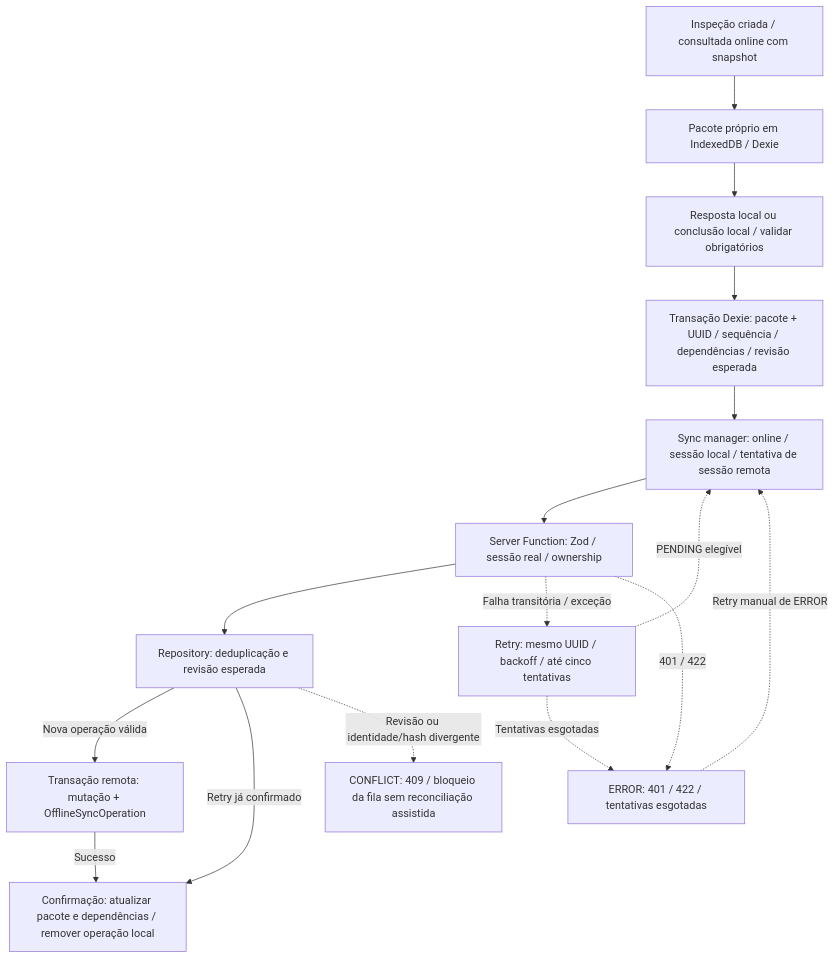
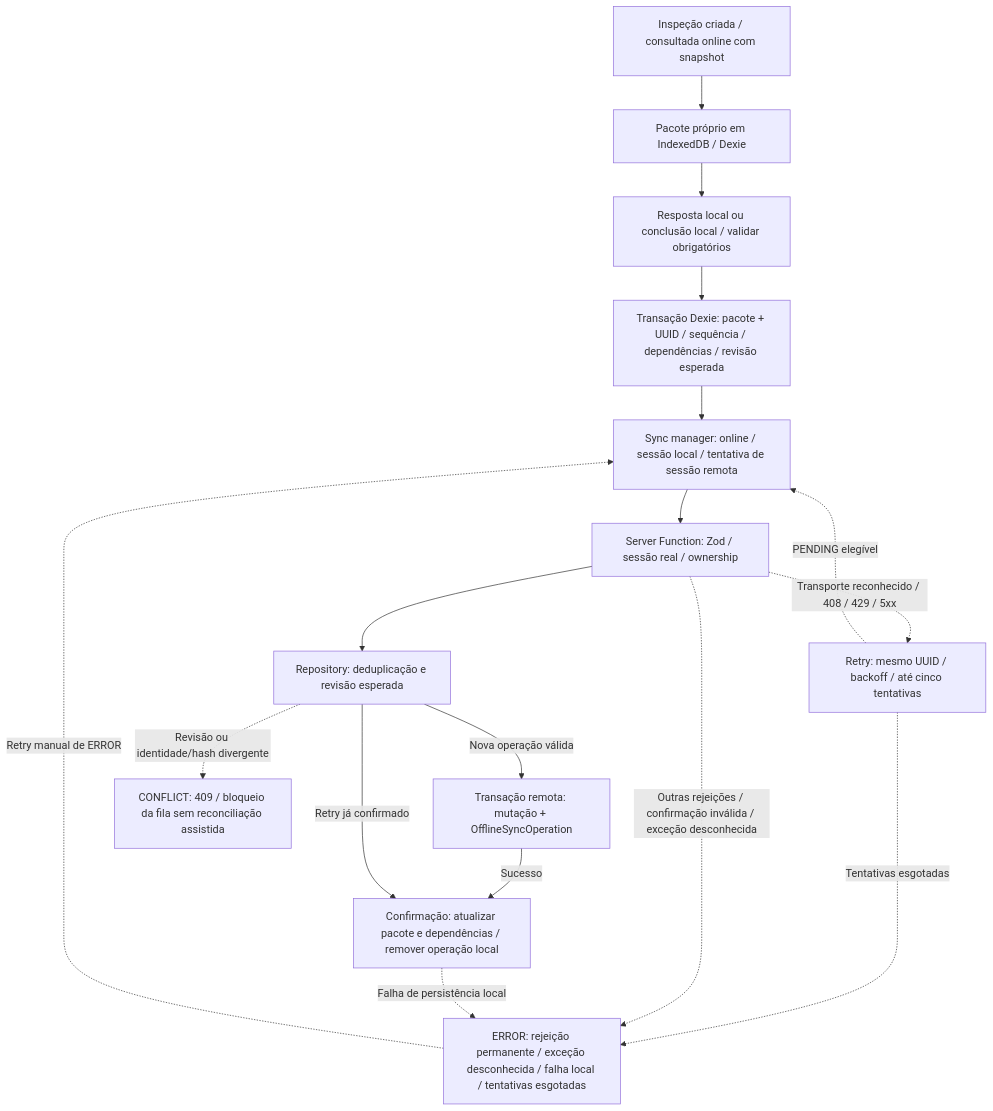
One commit to PedroVitor237/safe-watch-insight changed the diagram in AI/Offline.md. Above: the diagram before and after it, drawn with Mermaid. The commit also changed other lines of this file and 8 other files, not shown here.

````diff
--- a/AI/Offline.md
+++ b/AI/Offline.md
@@ -707,30 +749,31 @@
 ```mermaid
 flowchart TD
     O["Inspeção criada / consultada online com snapshot"]
     D["Pacote próprio em IndexedDB / Dexie"]
     L["Resposta local ou conclusão local / validar obrigatórios"]
     Q["Transação Dexie: pacote + UUID / sequência / dependências / revisão esperada"]
     S["Sync manager: online / sessão local / tentativa de sessão remota"]
     A["Server Function: Zod / sessão real / ownership"]
     R["Repository: deduplicação e revisão esperada"]
     P["Transação remota: mutação + OfflineSyncOperation"]
     K["Confirmação: atualizar pacote e dependências / remover operação local"]
     T["Retry: mesmo UUID / backoff / até cinco tentativas"]
-    E["ERROR: 401 / 422 / tentativas esgotadas"]
+    E["ERROR: rejeição permanente / exceção desconhecida / falha local / tentativas esgotadas"]
     C["CONFLICT: 409 / bloqueio da fila sem reconciliação assistida"]
     O --> D
     D --> L
     L --> Q
     Q --> S
     S --> A
     A --> R
     R -->|Nova operação válida| P
     P -->|Sucesso| K
     R -->|Retry já confirmado| K
-    A -.->|Falha transitória / exceção| T
+    A -.->|Transporte reconhecido / 408 / 429 / 5xx| T
     T -.->|PENDING elegível| S
     T -.->|Tentativas esgotadas| E
-    A -.->|401 / 422| E
+    A -.->|Outras rejeições / confirmação inválida / exceção desconhecida| E
+    K -.->|Falha de persistência local| E
     R -.->|Revisão ou identidade/hash divergente| C
     E -.->|Retry manual de ERROR| S
 ```
````
